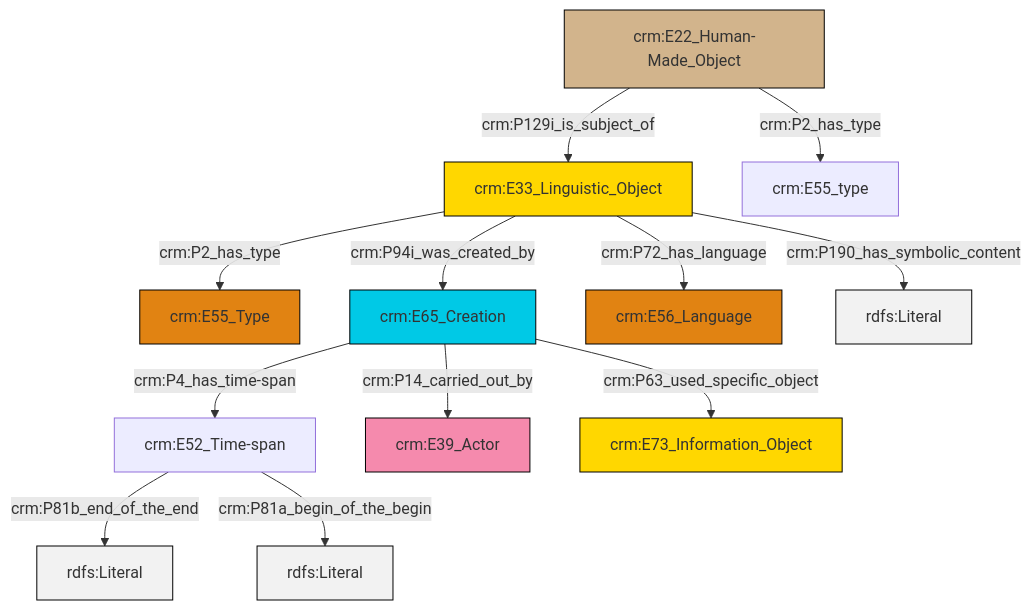
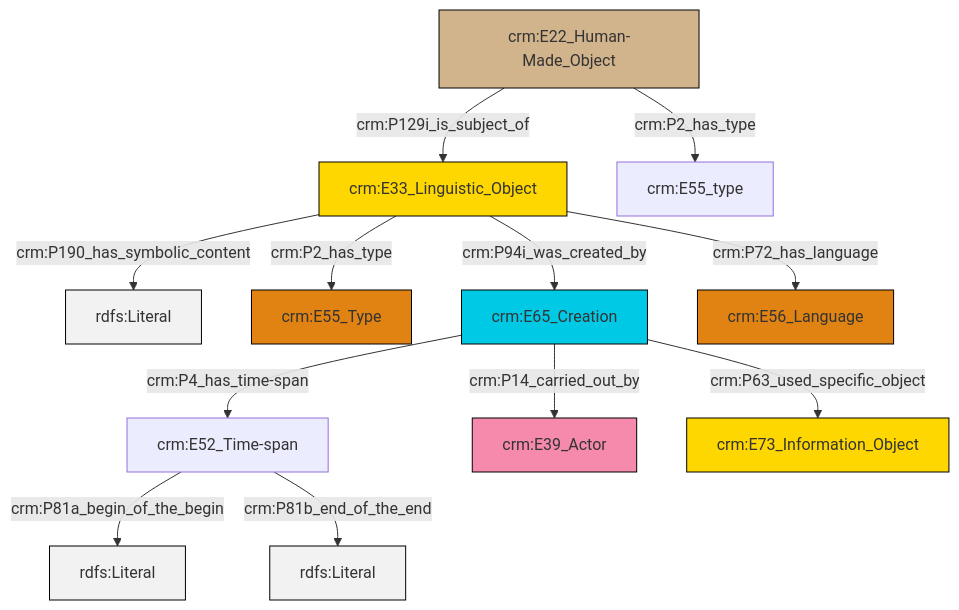
One commit to swiss-art-research-net/docs.swissartresearch changed the diagram in et/artworkCSV/ttl/mmd/Artwork_Description.ttl.mmd. Above: the diagram before and after it, drawn with Mermaid. The commit also changed 177 other files, not shown here.

```diff
--- a/et/artworkCSV/ttl/mmd/Artwork_Description.ttl.mmd
+++ b/et/artworkCSV/ttl/mmd/Artwork_Description.ttl.mmd
@@ -1,26 +1,26 @@
 graph TD
 classDef Literal fill:#f2f2f2,stroke:#000000;
 classDef CRM_Entity fill:#FFFFFF,stroke:#000000;
 classDef Temporal_Entity fill:#00C9E6, stroke:#000000;
 classDef Type fill:#E18312, stroke:#000000;
 classDef Time-Span fill:#2C9C91, stroke:#000000;
 classDef Appellation fill:#FFEB7F, stroke:#000000;
 classDef Place fill:#008836, stroke:#000000;
 classDef Persistent_Item fill:#B266B2, stroke:#000000;
 classDef Conceptual_Object fill:#FFD700, stroke:#000000;
 classDef Physical_Thing fill:#D2B48C, stroke:#000000;
 classDef Actor fill:#f58aad, stroke:#000000;
 classDef PC_Classes fill:#4ce600, stroke:#000000;
 classDef Multi fill:#cccccc,stroke:#000000;
 
-0["crm:E33_Linguistic_Object"]:::Conceptual_Object -->|crm:P2_has_type| 1["crm:E55_Type"]:::Type
-2["crm:E65_Creation"]:::Temporal_Entity -->|crm:P4_has_time-span| 3["crm:E52_Time-span"]:::Default
-4["crm:E22_Human-Made_Object"]:::Physical_Thing -->|crm:P129i_is_subject_of| 0["crm:E33_Linguistic_Object"]:::Conceptual_Object
-3["crm:E52_Time-span"]:::Default -->|crm:P81b_end_of_the_end| 5[rdfs:Literal]:::Literal
-3["crm:E52_Time-span"]:::Default -->|crm:P81a_begin_of_the_begin| 7[rdfs:Literal]:::Literal
-0["crm:E33_Linguistic_Object"]:::Conceptual_Object -->|crm:P94i_was_created_by| 2["crm:E65_Creation"]:::Temporal_Entity
-0["crm:E33_Linguistic_Object"]:::Conceptual_Object -->|crm:P190_has_symbolic_content| 14[rdfs:Literal]:::Literal
-2["crm:E65_Creation"]:::Temporal_Entity -->|crm:P14_carried_out_by| 10["crm:E39_Actor"]:::Actor
-2["crm:E65_Creation"]:::Temporal_Entity -->|crm:P63_used_specific_object| 12["crm:E73_Information_Object"]:::Conceptual_Object
-4["crm:E22_Human-Made_Object"]:::Physical_Thing -->|crm:P2_has_type| 15["crm:E55_type"]:::Default
-0["crm:E33_Linguistic_Object"]:::Conceptual_Object -->|crm:P72_has_language| 8["crm:E56_Language"]:::Type
+0["crm:E33_Linguistic_Object"]:::Conceptual_Object -->|crm:P190_has_symbolic_content| 1[rdfs:Literal]:::Literal
+5["crm:E52_Time-span"]:::Default -->|crm:P81a_begin_of_the_begin| 6[rdfs:Literal]:::Literal
+0["crm:E33_Linguistic_Object"]:::Conceptual_Object -->|crm:P94i_was_created_by| 7["crm:E65_Creation"]:::Temporal_Entity
+9["crm:E22_Human-Made_Object"]:::Physical_Thing -->|crm:P2_has_type| 10["crm:E55_type"]:::Default
+7["crm:E65_Creation"]:::Temporal_Entity -->|crm:P4_has_time-span| 5["crm:E52_Time-span"]:::Default
+0["crm:E33_Linguistic_Object"]:::Conceptual_Object -->|crm:P2_has_type| 2["crm:E55_Type"]:::Type
+7["crm:E65_Creation"]:::Temporal_Entity -->|crm:P14_carried_out_by| 12["crm:E39_Actor"]:::Actor
+0["crm:E33_Linguistic_Object"]:::Conceptual_Object -->|crm:P72_has_language| 14["crm:E56_Language"]:::Type
+5["crm:E52_Time-span"]:::Default -->|crm:P81b_end_of_the_end| 15[rdfs:Literal]:::Literal
+7["crm:E65_Creation"]:::Temporal_Entity -->|crm:P63_used_specific_object| 17["crm:E73_Information_Object"]:::Conceptual_Object
+9["crm:E22_Human-Made_Object"]:::Physical_Thing -->|crm:P129i_is_subject_of| 0["crm:E33_Linguistic_Object"]:::Conceptual_Object
```
